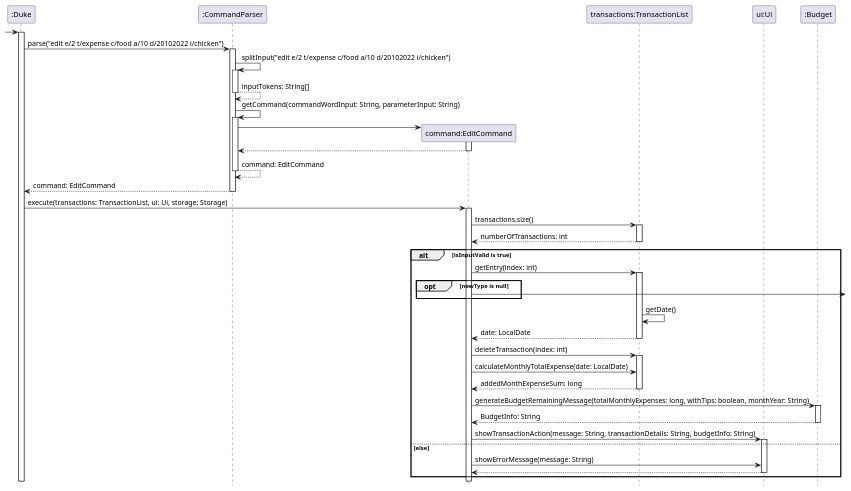
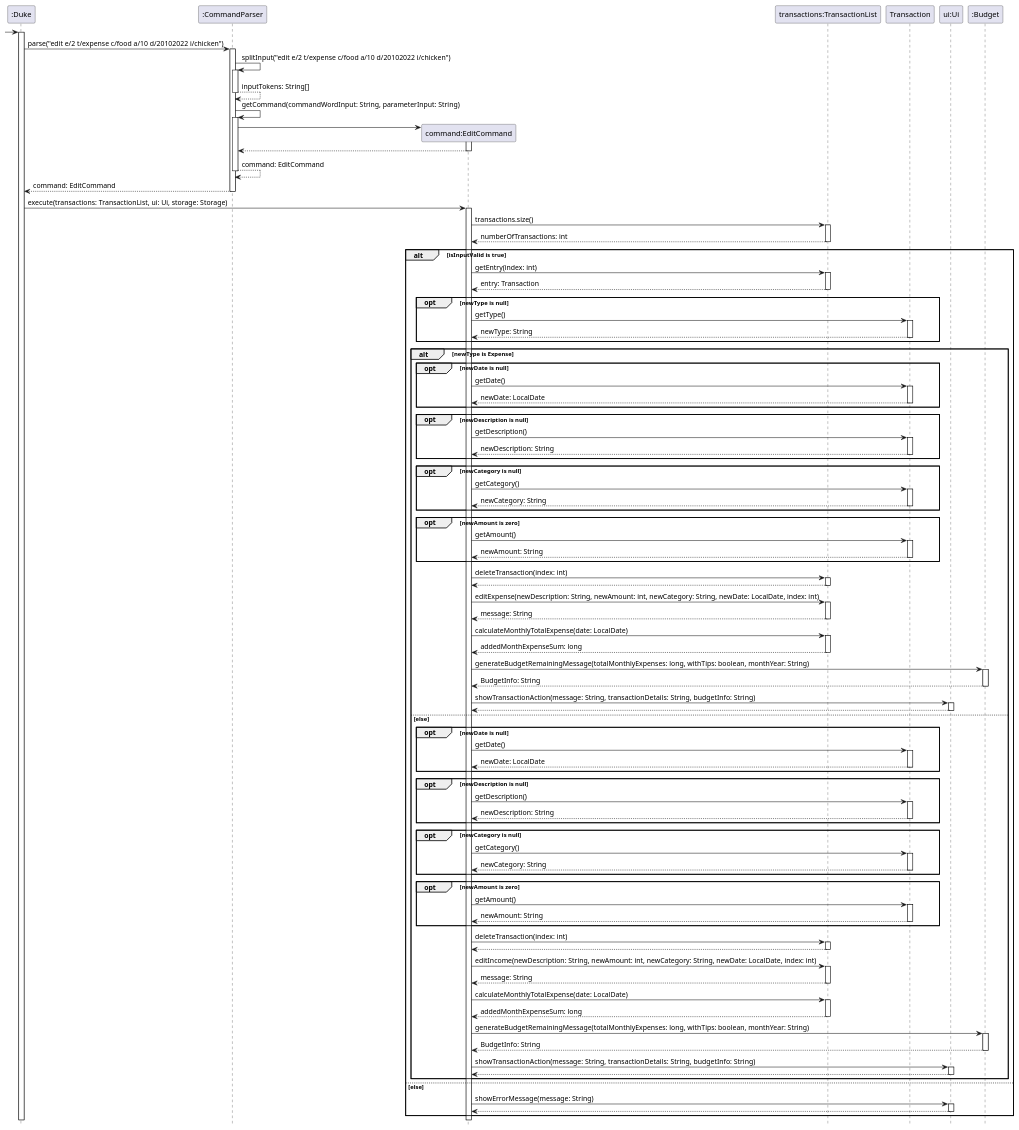
One commit to nus-cs2113-AY2223S1/tp changed the diagram in docs/diagram/EditCommandSequenceDiagram.puml. Above: the diagram before and after it, drawn with PlantUML. The commit also changed 2 other files, not shown here.

Commit message:
Add Edit Command Diagram

```diff
--- a/docs/diagram/EditCommandSequenceDiagram.puml
+++ b/docs/diagram/EditCommandSequenceDiagram.puml
@@ -1,65 +1,133 @@
 @startuml
 'https://plantuml.com/sequence-diagram
 
 hide footbox
 
 Participant ":Duke" as Duke
 Participant ":CommandParser" as CommandParser
 Participant "command:EditCommand" as EditCommand
 Participant "transactions:TransactionList" as Transactions
+Participant "Transaction" as Transaction
 Participant "ui:Ui" as Ui
 Participant ":Budget" as Budget
+
 
 -> Duke
 activate Duke
 
 Duke -> CommandParser:parse("edit e/2 t/expense c/food a/10 d/20102022 i/chicken")
 activate CommandParser
 
 CommandParser -> CommandParser:splitInput("edit e/2 t/expense c/food a/10 d/20102022 i/chicken")
 activate CommandParser
 return inputTokens: String[]
 
 CommandParser -> CommandParser:getCommand(commandWordInput: String, parameterInput: String)
 activate CommandParser
 
 create EditCommand
 CommandParser -> EditCommand
 activate EditCommand
 return
 
 return command: EditCommand
 
 return command: EditCommand
 deactivate CommandParser
 
 Duke -> EditCommand:execute(transactions: TransactionList, ui: Ui, storage: Storage)
 activate EditCommand
 
 EditCommand -> Transactions:transactions.size()
 activate Transactions
 return numberOfTransactions: int
 
 alt isInputValid is true
     EditCommand -> Transactions:getEntry(index: int)
     activate Transactions
+    return entry: Transaction
     opt newType is null
-        EditCommand -> 
+        EditCommand -> Transaction:getType()
+        activate Transaction
+        return newType: String
     end
-    Transactions -> Transactions:getDate()
-    return date: LocalDate
-    EditCommand -> Transactions:deleteTransaction(index: int)
-    activate Transactions
-    EditCommand -> Transactions:calculateMonthlyTotalExpense(date: LocalDate)
-    return addedMonthExpenseSum: long
-    EditCommand -> Budget:generateBudgetRemainingMessage(totalMonthlyExpenses: long, withTips: boolean, monthYear: String)
-    activate Budget
-    return BudgetInfo: String
-    EditCommand -> Ui:showTransactionAction(message: String, transactionDetails: String, budgetInfo: String)
-    activate Ui
+    alt newType is Expense
+        opt newDate is null
+            EditCommand -> Transaction:getDate()
+            activate Transaction
+            return newDate: LocalDate
+        end
+        opt newDescription is null
+            EditCommand -> Transaction:getDescription()
+            activate Transaction
+            return newDescription: String
+        end
+        opt newCategory is null
+            EditCommand -> Transaction:getCategory()
+            activate Transaction
+            return newCategory: String
+        end
+        opt newAmount is zero
+            EditCommand -> Transaction:getAmount()
+            activate Transaction
+            return newAmount: String
+        end
+        EditCommand -> Transactions:deleteTransaction(index: int)
+        activate Transactions
+        return
+        EditCommand -> Transactions:editExpense(newDescription: String, newAmount: int, newCategory: String, newDate: LocalDate, index: int)
+        activate Transactions
+        return message: String
+        EditCommand -> Transactions:calculateMonthlyTotalExpense(date: LocalDate)
+        activate Transactions
+        return addedMonthExpenseSum: long
+        EditCommand -> Budget:generateBudgetRemainingMessage(totalMonthlyExpenses: long, withTips: boolean, monthYear: String)
+        activate Budget
+        return BudgetInfo: String
+        EditCommand -> Ui:showTransactionAction(message: String, transactionDetails: String, budgetInfo: String)
+        activate Ui
+        return
+    else else
+        opt newDate is null
+            EditCommand -> Transaction:getDate()
+            activate Transaction
+            return newDate: LocalDate
+        end
+        opt newDescription is null
+            EditCommand -> Transaction:getDescription()
+            activate Transaction
+            return newDescription: String
+        end
+        opt newCategory is null
+            EditCommand -> Transaction:getCategory()
+            activate Transaction
+            return newCategory: String
+        end
+        opt newAmount is zero
+            EditCommand -> Transaction:getAmount()
+            activate Transaction
+            return newAmount: String
+        end
+        EditCommand -> Transactions:deleteTransaction(index: int)
+        activate Transactions
+        return
+        EditCommand -> Transactions:editIncome(newDescription: String, newAmount: int, newCategory: String, newDate: LocalDate, index: int)
+        activate Transactions
+        return message: String
+        EditCommand -> Transactions:calculateMonthlyTotalExpense(date: LocalDate)
+        activate Transactions
+        return addedMonthExpenseSum: long
+        EditCommand -> Budget:generateBudgetRemainingMessage(totalMonthlyExpenses: long, withTips: boolean, monthYear: String)
+        activate Budget
+        return BudgetInfo: String
+        EditCommand -> Ui:showTransactionAction(message: String, transactionDetails: String, budgetInfo: String)
+        activate Ui
+        return
+    end
 else else
     EditCommand -> Ui:showErrorMessage(message: String)
+    activate Ui
     return
 end
 
 @enduml
```
